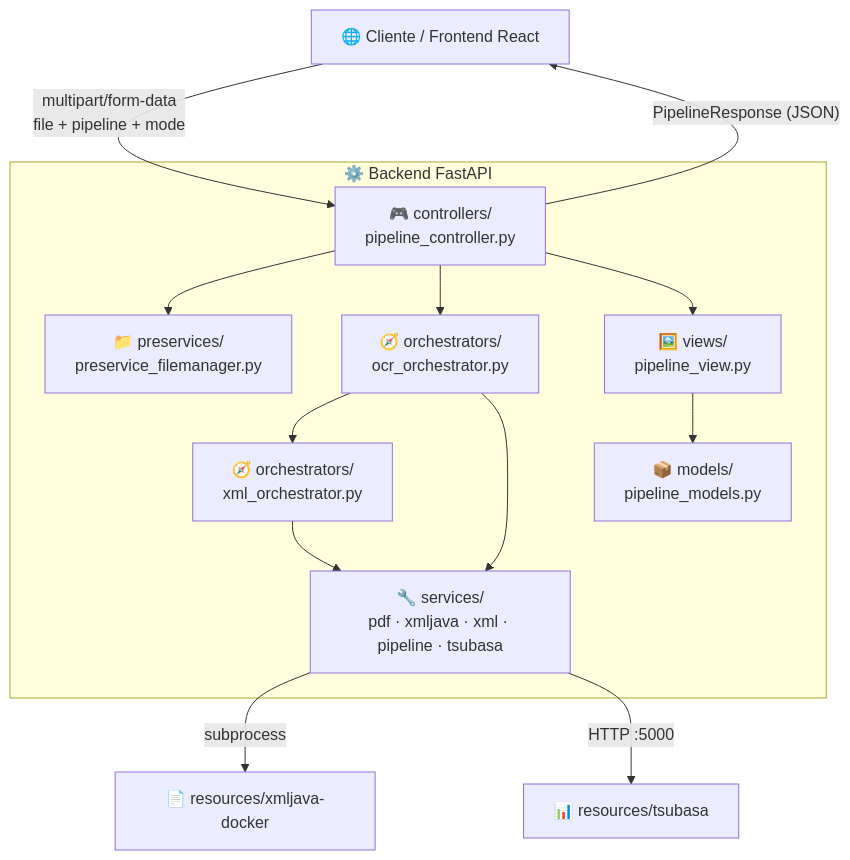
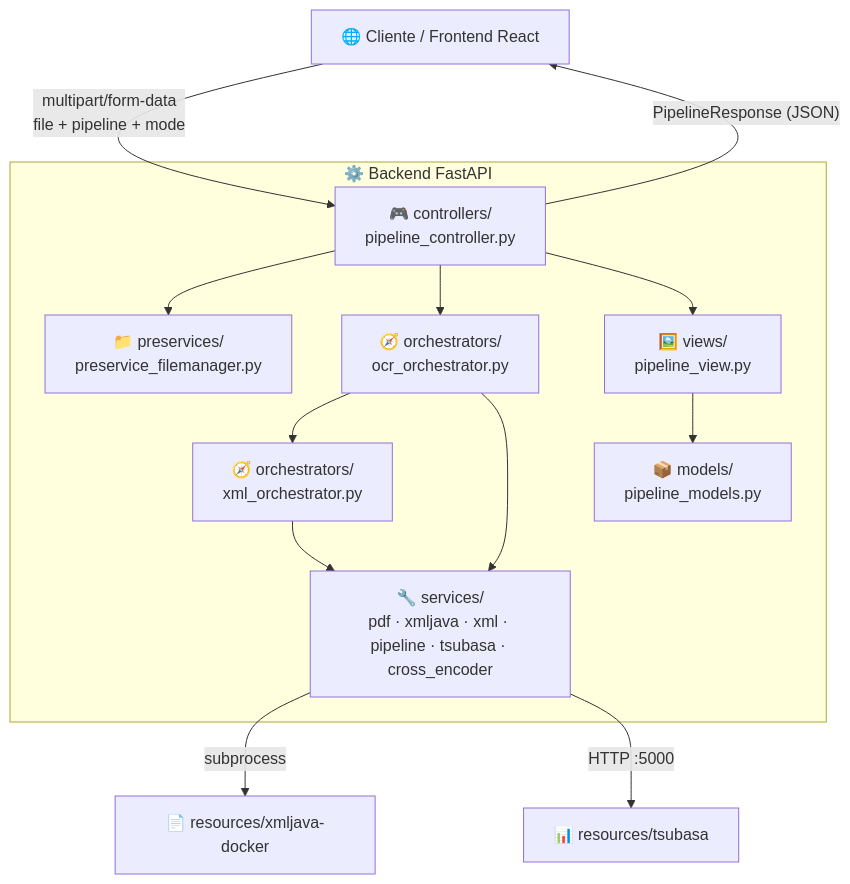
The first of 2 diagrams in README.md (Edahi98/RedDragon), drawn with Mermaid before and after one commit. The commit also changed other lines of this file and 1 other file, not shown here.

Commit message:
docs: document cross encoder reranking and model download steps

````diff
--- a/README.md
+++ b/README.md
@@ -24,26 +24,26 @@
 ```mermaid
 graph TD
     Client["🌐 Cliente / Frontend React"] -->|"multipart/form-data<br/>file + pipeline + mode"| Controller
 
     subgraph API["⚙️ Backend FastAPI"]
         Controller["🎮 controllers/<br/>pipeline_controller.py"]
         Preservice["📁 preservices/<br/>preservice_filemanager.py"]
         Orchestrator["🧭 orchestrators/<br/>ocr_orchestrator.py"]
         XmlOrch["🧭 orchestrators/<br/>xml_orchestrator.py"]
-        Services["🔧 services/<br/>pdf · xmljava · xml · pipeline · tsubasa"]
+        Services["🔧 services/<br/>pdf · xmljava · xml · pipeline · tsubasa · cross_encoder"]
         Model["📦 models/<br/>pipeline_models.py"]
         View["🖼️ views/<br/>pipeline_view.py"]
     end
 
     Controller --> Preservice
     Controller --> Orchestrator
     Orchestrator --> XmlOrch
     Orchestrator --> Services
     XmlOrch --> Services
     Controller --> View
     View --> Model
     Controller -->|"PipelineResponse (JSON)"| Client
 
     Services -->|"subprocess"| BinJava["📄 resources/xmljava-docker"]
     Services -->|"HTTP :5000"| BinTsubasa["📊 resources/tsubasa"]
 ```
````
